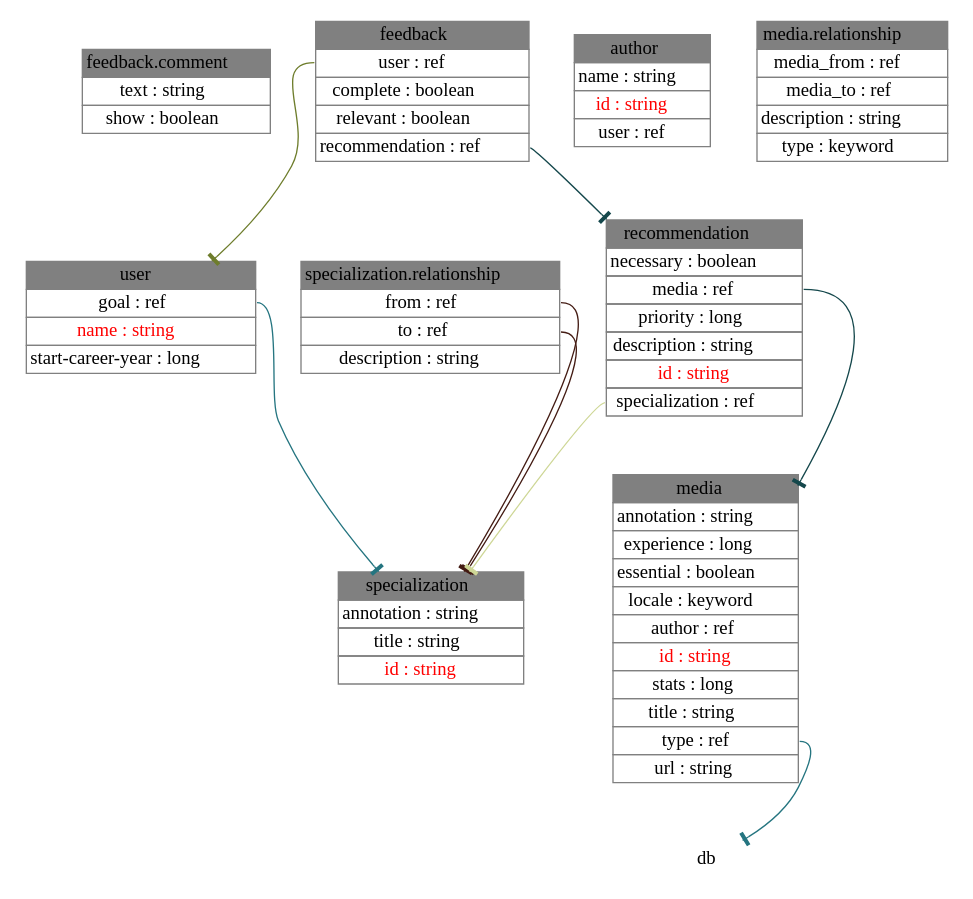
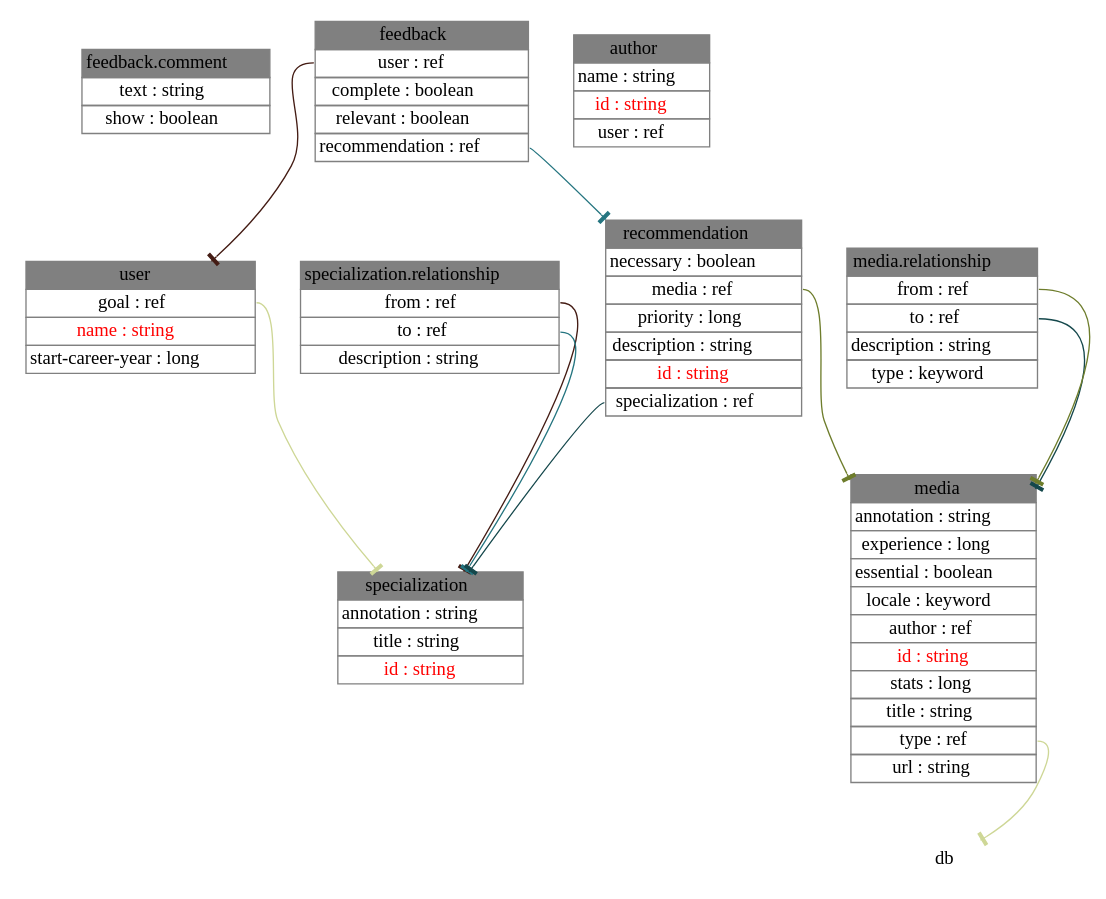
The diagram in kmg-schema.dot (alexpetrov/kmg), drawn with Graphviz before and after one commit.

Commit message:
Refresh schema with renamed fields and new sample_data

```diff
--- a/kmg-schema.dot
+++ b/kmg-schema.dot
@@ -1,20 +1,22 @@
 digraph {
 node [shape=plaintext];
 "feedback.comment" [label=<<table border="0" cellborder="1" cellspacing="0" color="#808080" port="feedback.comment"><tr><td bgcolor="gray">feedback.comment</td></tr><tr><td>text : string</td></tr><tr><td>show : boolean</td></tr></table>>];
 media [label=<<table border="0" cellborder="1" cellspacing="0" color="#808080" port="media"><tr><td bgcolor="gray">media</td></tr><tr><td>annotation : string</td></tr><tr><td>experience : long</td></tr><tr><td>essential : boolean</td></tr><tr><td>locale : keyword</td></tr><tr><td port="author">author : ref</td></tr><tr><td><font color="red">id : string</font></td></tr><tr><td>stats : long</td></tr><tr><td>title : string</td></tr><tr><td port="type">type : ref</td></tr><tr><td>url : string</td></tr></table>>];
 specialization [label=<<table border="0" cellborder="1" cellspacing="0" color="#808080" port="specialization"><tr><td bgcolor="gray">specialization</td></tr><tr><td>annotation : string</td></tr><tr><td>title : string</td></tr><tr><td><font color="red">id : string</font></td></tr></table>>];
 author [label=<<table border="0" cellborder="1" cellspacing="0" color="#808080" port="author"><tr><td bgcolor="gray">author</td></tr><tr><td>name : string</td></tr><tr><td><font color="red">id : string</font></td></tr><tr><td port="user">user : ref</td></tr></table>>];
 user [label=<<table border="0" cellborder="1" cellspacing="0" color="#808080" port="user"><tr><td bgcolor="gray">user</td></tr><tr><td port="goal">goal : ref</td></tr><tr><td><font color="red">name : string</font></td></tr><tr><td>start-career-year : long</td></tr></table>>];
 "specialization.relationship" [label=<<table border="0" cellborder="1" cellspacing="0" color="#808080" port="specialization.relationship"><tr><td bgcolor="gray">specialization.relationship</td></tr><tr><td port="from">from : ref</td></tr><tr><td port="to">to : ref</td></tr><tr><td>description : string</td></tr></table>>];
 feedback [label=<<table border="0" cellborder="1" cellspacing="0" color="#808080" port="feedback"><tr><td bgcolor="gray">feedback</td></tr><tr><td port="user">user : ref</td></tr><tr><td>complete : boolean</td></tr><tr><td>relevant : boolean</td></tr><tr><td port="recommendation">recommendation : ref</td></tr></table>>];
 recommendation [label=<<table border="0" cellborder="1" cellspacing="0" color="#808080" port="recommendation"><tr><td bgcolor="gray">recommendation</td></tr><tr><td>necessary : boolean</td></tr><tr><td port="media">media : ref</td></tr><tr><td>priority : long</td></tr><tr><td>description : string</td></tr><tr><td><font color="red">id : string</font></td></tr><tr><td port="specialization">specialization : ref</td></tr></table>>];
-"media.relationship" [label=<<table border="0" cellborder="1" cellspacing="0" color="#808080" port="media.relationship"><tr><td bgcolor="gray">media.relationship</td></tr><tr><td port="media_from">media_from : ref</td></tr><tr><td port="media_to">media_to : ref</td></tr><tr><td>description : string</td></tr><tr><td>type : keyword</td></tr></table>>];
+"media.relationship" [label=<<table border="0" cellborder="1" cellspacing="0" color="#808080" port="media.relationship"><tr><td bgcolor="gray">media.relationship</td></tr><tr><td port="from">from : ref</td></tr><tr><td port="to">to : ref</td></tr><tr><td>description : string</td></tr><tr><td>type : keyword</td></tr></table>>];
 "specialization.relationship":from -> specialization:specialization [color="#441C14",arrowhead=tee];
-feedback:recommendation -> recommendation:recommendation [color="#15484C",arrowhead=tee];
-media:type -> db:db [color="#257580",arrowhead=tee];
-feedback:user -> user:user [color="#6E7D2C",arrowhead=tee];
-recommendation:specialization -> specialization:specialization [color="#CED796",arrowhead=tee];
-"specialization.relationship":to -> specialization:specialization [color="#441C14",arrowhead=tee];
-recommendation:media -> media:media [color="#15484C",arrowhead=tee];
-user:goal -> specialization:specialization [color="#257580",arrowhead=tee];
+"media.relationship":to -> media:media [color="#15484C",arrowhead=tee];
+feedback:recommendation -> recommendation:recommendation [color="#257580",arrowhead=tee];
+"media.relationship":from -> media:media [color="#6E7D2C",arrowhead=tee];
+media:type -> db:db [color="#CED796",arrowhead=tee];
+feedback:user -> user:user [color="#441C14",arrowhead=tee];
+recommendation:specialization -> specialization:specialization [color="#15484C",arrowhead=tee];
+"specialization.relationship":to -> specialization:specialization [color="#257580",arrowhead=tee];
+recommendation:media -> media:media [color="#6E7D2C",arrowhead=tee];
+user:goal -> specialization:specialization [color="#CED796",arrowhead=tee];
 } 
```
